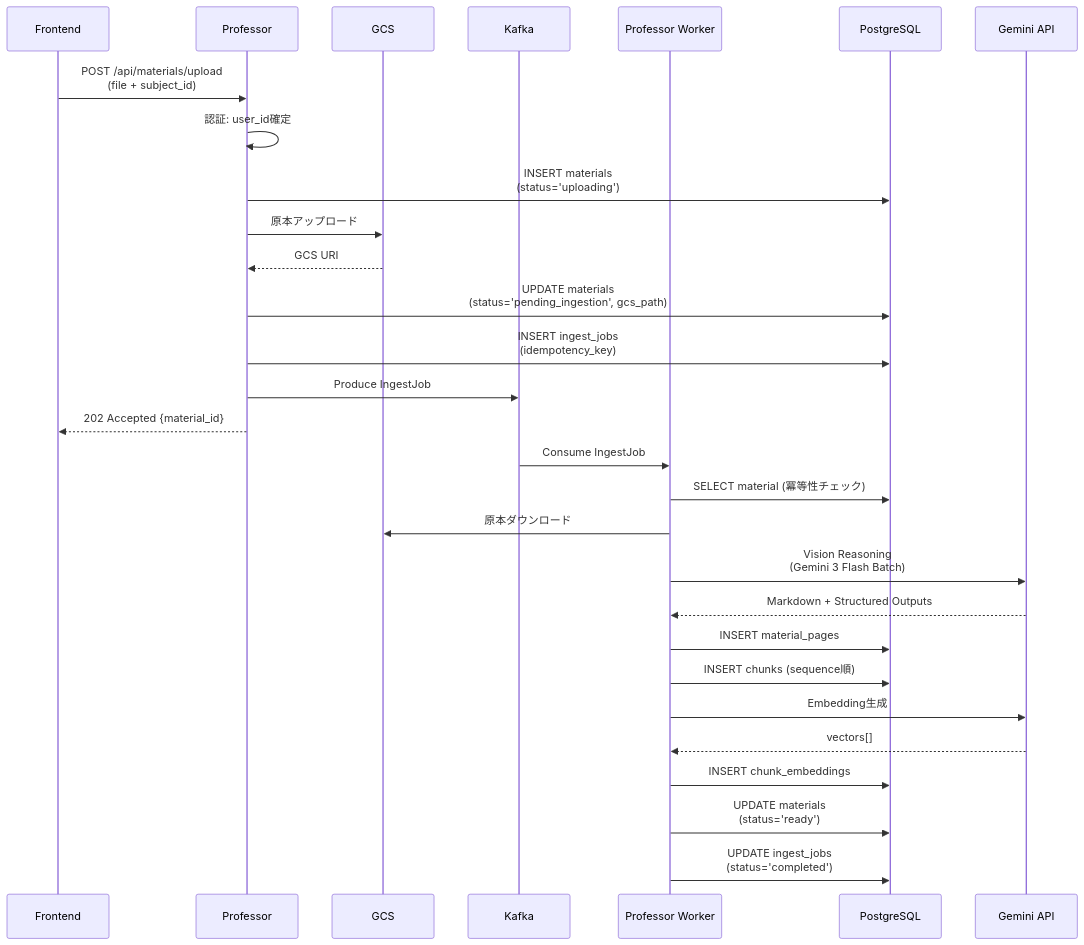
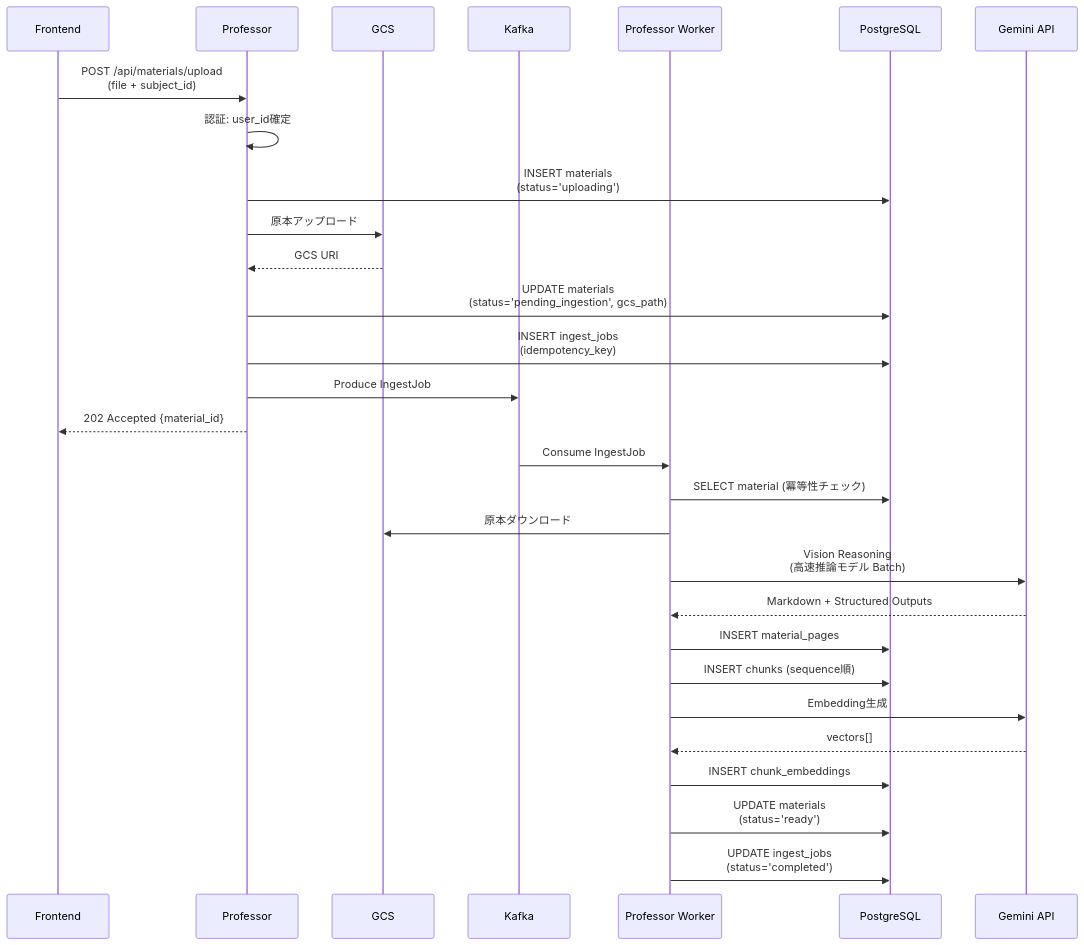
The seventh of 11 diagrams in eduanimaR_Professor/docs/01_architecture/DB_SCHEMA_ERD.md (ttokunaga-ja/eduanimaR), drawn with Mermaid before and after one commit. The commit also changed other lines of this file and 12 other files, not shown here.

````diff
--- a/eduanimaR_Professor/docs/01_architecture/DB_SCHEMA_ERD.md
+++ b/eduanimaR_Professor/docs/01_architecture/DB_SCHEMA_ERD.md
@@ -301,33 +301,33 @@
 ```mermaid
 sequenceDiagram
     participant F as Frontend
     participant P as Professor
     participant G as GCS
     participant K as Kafka
     participant W as Professor Worker
     participant DB as PostgreSQL
     participant LLM as Gemini API
 
     F->>P: POST /api/materials/upload<br/>(file + subject_id)
     P->>P: 認証: user_id確定
     P->>DB: INSERT materials<br/>(status='uploading')
     P->>G: 原本アップロード
     G-->>P: GCS URI
     P->>DB: UPDATE materials<br/>(status='pending_ingestion', gcs_path)
     P->>DB: INSERT ingest_jobs<br/>(idempotency_key)
     P->>K: Produce IngestJob
     P-->>F: 202 Accepted {material_id}
     
     K->>W: Consume IngestJob
     W->>DB: SELECT material (冪等性チェック)
     W->>G: 原本ダウンロード
-    W->>LLM: Vision Reasoning<br/>(Gemini 3 Flash Batch)
+    W->>LLM: Vision Reasoning<br/>(高速推論モデル Batch)
     LLM-->>W: Markdown + Structured Outputs
     W->>DB: INSERT material_pages
     W->>DB: INSERT chunks (sequence順)
     W->>LLM: Embedding生成
     LLM-->>W: vectors[]
     W->>DB: INSERT chunk_embeddings
     W->>DB: UPDATE materials<br/>(status='ready')
     W->>DB: UPDATE ingest_jobs<br/>(status='completed')
 ```
````
